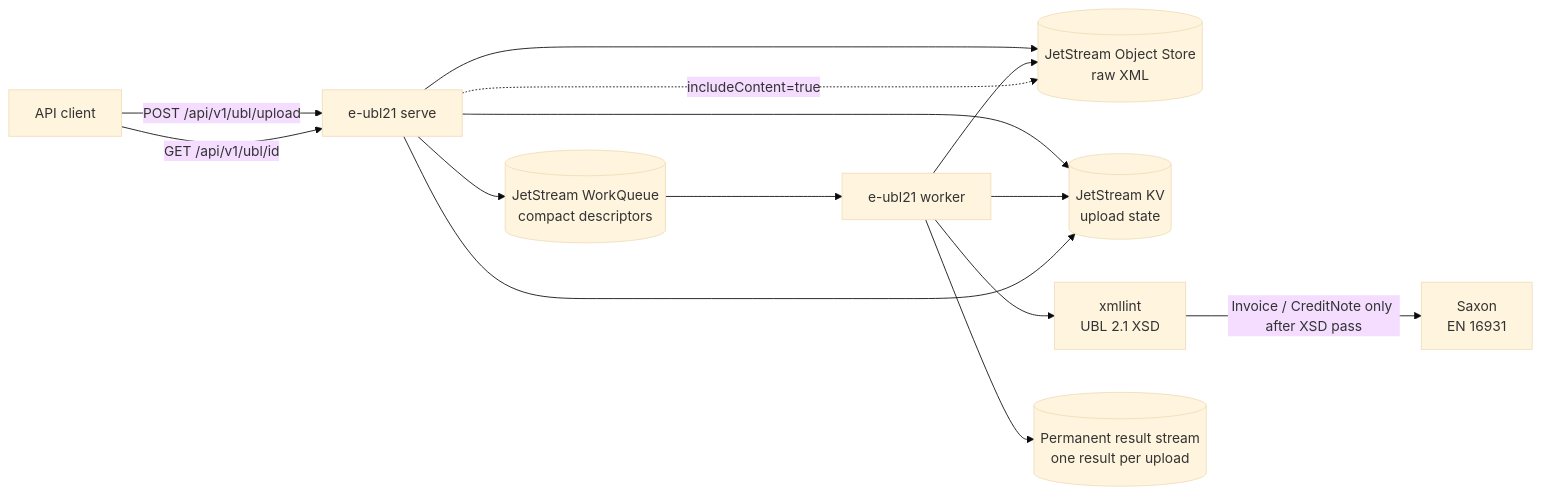
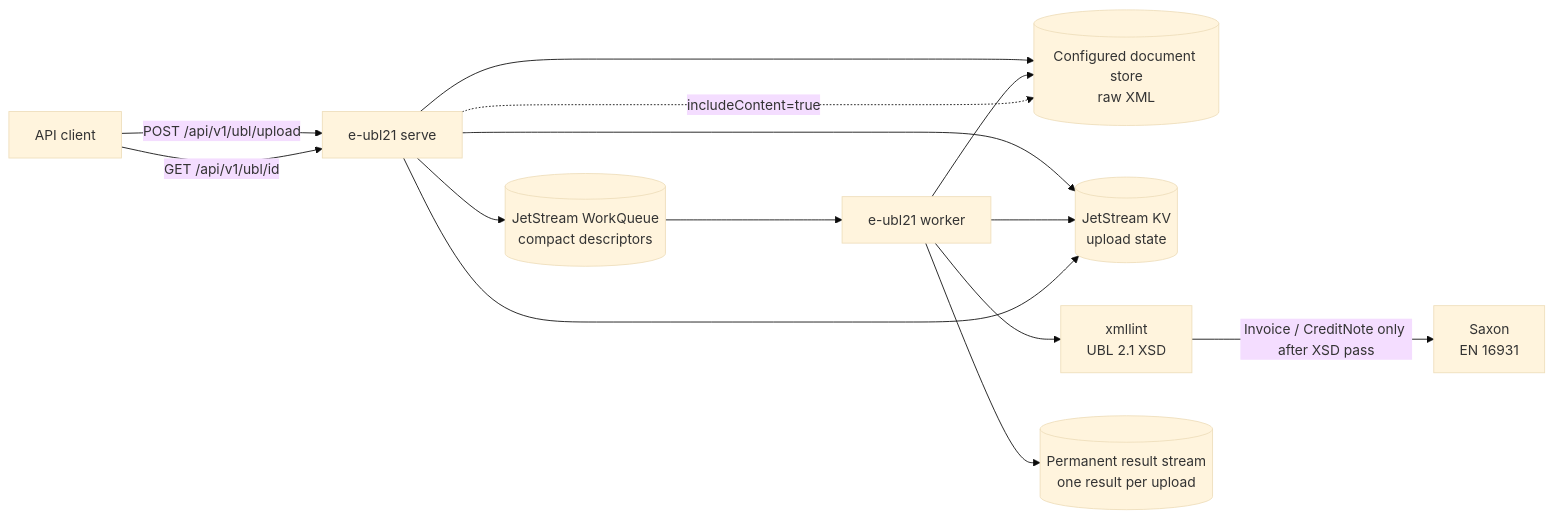
The diagram in README.md (PaddyFrenchman/e-ubl21), drawn with Mermaid (base theme) before and after one commit. The commit also changed other lines of this file and 38 other files, not shown here.

Commit message:
feat: replace JetStream raw XML storage with object storage

````diff
--- a/README.md
+++ b/README.md
@@ -132,26 +134,26 @@
 ```mermaid
 flowchart LR
     C[API client]
     A[e-ubl21 serve]
-    O[(JetStream Object Store\nraw XML)]
+    O[(Configured document store\nraw XML)]
     K[(JetStream KV\nupload state)]
     Q[(JetStream WorkQueue\ncompact descriptors)]
     W[e-ubl21 worker]
     X[xmllint\nUBL 2.1 XSD]
     E[Saxon\nEN 16931]
     R[(Permanent result stream\none result per upload)]
 
     C -->|POST /api/v1/ubl/upload| A
     A --> O
     A --> K
     A --> Q
     Q --> W
     W --> O
     W --> X
     X -->|Invoice / CreditNote only after XSD pass| E
     W --> K
     W --> R
     C -->|GET /api/v1/ubl/id| A
     A --> K
     A -. includeContent=true .-> O
 ```
````
